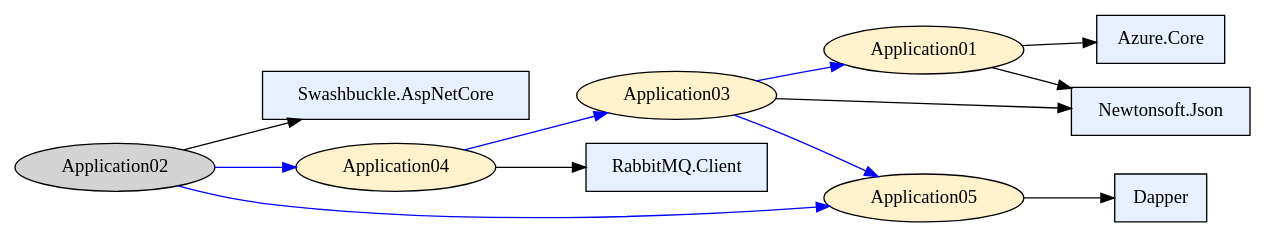
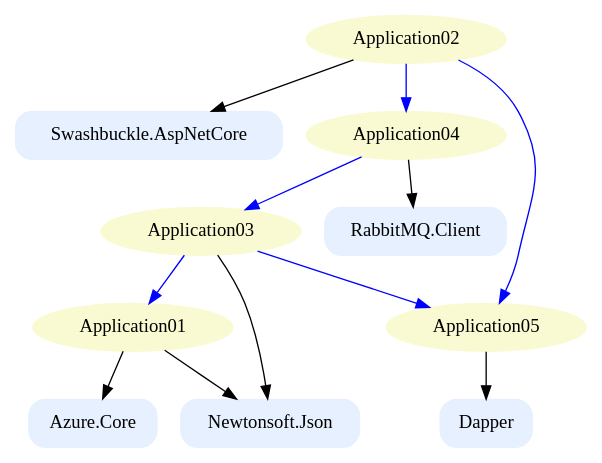
The diagram in dependency_graph.dot (eduardocf/ADM), drawn with Graphviz before and after one commit. The commit also changed 2 other files, not shown here.

```diff
--- a/dependency_graph.dot
+++ b/dependency_graph.dot
@@ -1,26 +1,25 @@
 digraph Dependencies {
-  rankdir=LR;
-  node [style=filled];
+  node[shape=ellipse style="rounded,filled" color="lightgoldenrodyellow" ]
   "Application01" -> "Azure.Core" [color=black];
-  "Azure.Core" [shape=box, fillcolor="#e6f0ff"];
+  "Azure.Core" [shape=box, color="#e6f0ff"];
   "Application01" -> "Newtonsoft.Json" [color=black];
-  "Newtonsoft.Json" [shape=box, fillcolor="#e6f0ff"];
+  "Newtonsoft.Json" [shape=box, color="#e6f0ff"];
   "Application02" -> "Swashbuckle.AspNetCore" [color=black];
-  "Swashbuckle.AspNetCore" [shape=box, fillcolor="#e6f0ff"];
+  "Swashbuckle.AspNetCore" [shape=box, color="#e6f0ff"];
   "Application02" -> "Application04" [color=blue];
-  "Application04" [shape=ellipse, fillcolor="#fff2cc"];
+  "Application04" [shape=ellipse, color="lightgoldenrodyellow"];
   "Application02" -> "Application05" [color=blue];
-  "Application05" [shape=ellipse, fillcolor="#fff2cc"];
+  "Application05" [shape=ellipse, color="lightgoldenrodyellow"];
   "Application03" -> "Newtonsoft.Json" [color=black];
-  "Newtonsoft.Json" [shape=box, fillcolor="#e6f0ff"];
+  "Newtonsoft.Json" [shape=box, color="#e6f0ff"];
   "Application03" -> "Application01" [color=blue];
-  "Application01" [shape=ellipse, fillcolor="#fff2cc"];
+  "Application01" [shape=ellipse, color="lightgoldenrodyellow"];
   "Application03" -> "Application05" [color=blue];
-  "Application05" [shape=ellipse, fillcolor="#fff2cc"];
+  "Application05" [shape=ellipse, color="lightgoldenrodyellow"];
   "Application04" -> "RabbitMQ.Client" [color=black];
-  "RabbitMQ.Client" [shape=box, fillcolor="#e6f0ff"];
+  "RabbitMQ.Client" [shape=box, color="#e6f0ff"];
   "Application04" -> "Application03" [color=blue];
-  "Application03" [shape=ellipse, fillcolor="#fff2cc"];
+  "Application03" [shape=ellipse, color="lightgoldenrodyellow"];
   "Application05" -> "Dapper" [color=black];
-  "Dapper" [shape=box, fillcolor="#e6f0ff"];
+  "Dapper" [shape=box, color="#e6f0ff"];
 }
```
